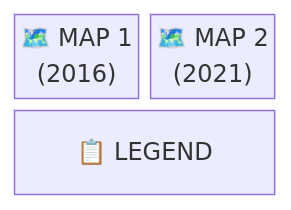
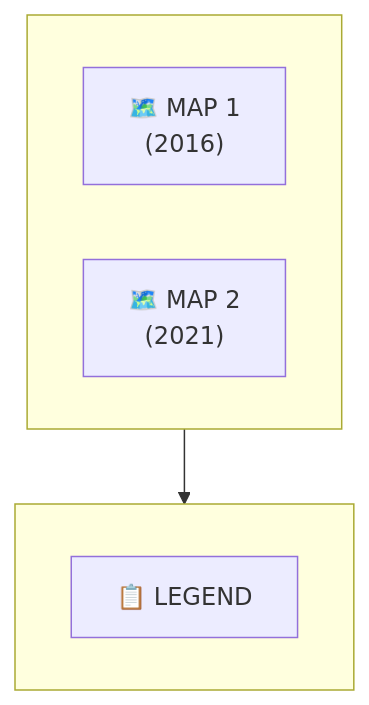
One commit to clairecda/GIS_teaching changed the first of 2 diagrams in site_docs/reference/layout-template.md. Above: the diagram before and after it, drawn with Mermaid. The commit also changed other lines of this file and 1 other file, not shown here.

First line of the commit message:
Fix Mermaid diagrams - replace unsupported block-beta with flowcharts/tables

````diff
--- a/site_docs/reference/layout-template.md
+++ b/site_docs/reference/layout-template.md
@@ -280,6 +274,12 @@
 ```mermaid
-block-beta
-    columns 2
-    MAP1["🗺️ MAP 1<br/>(2016)"]:1 MAP2["🗺️ MAP 2<br/>(2021)"]:1
-    LEGEND["📋 LEGEND"]:2
+flowchart TB
+    subgraph row1[" "]
+        direction LR
+        MAP1["🗺️ MAP 1<br/>(2016)"]
+        MAP2["🗺️ MAP 2<br/>(2021)"]
+    end
+    subgraph row2[" "]
+        LEGEND["📋 LEGEND"]
+    end
+    row1 --> row2
 ```
````
